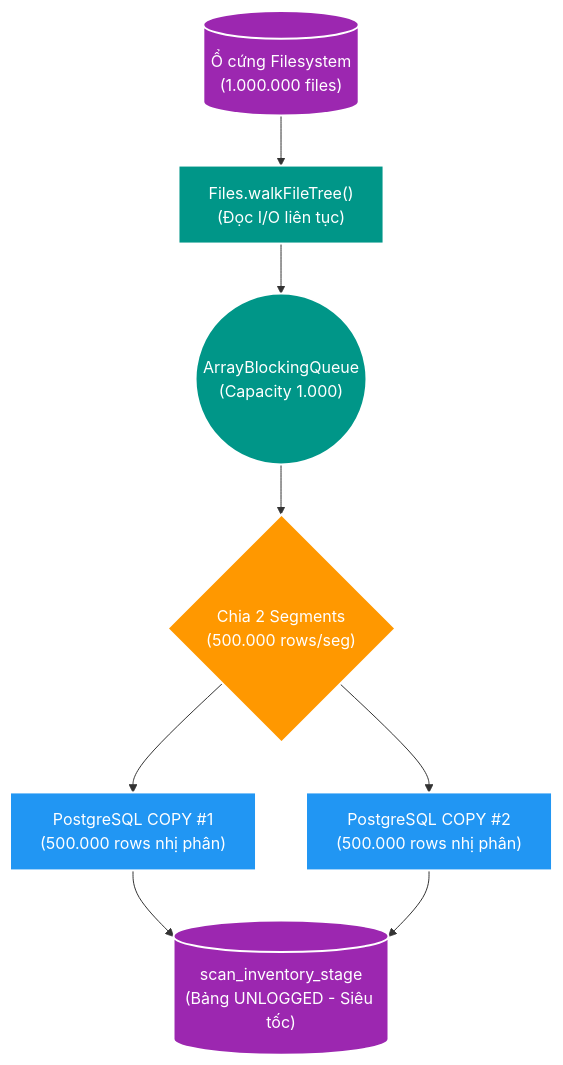
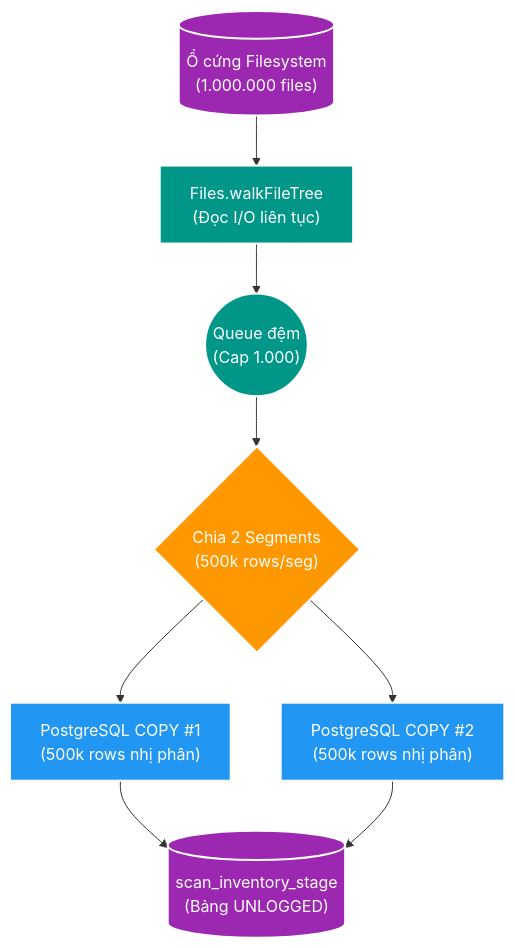
The third of 6 diagrams in manual/learning/use-cases/scale-capacity/sc-01-scan-one-million-filesystem-entry/references/deep-dive-scan-preview-pipeline-under-30s.md (HungPhan200591/file-mngt-be-v2), drawn with Mermaid before and after one commit. The commit also changed other lines of this file, not shown here.

Commit message:
refactor(documentation): enhance clarity and detail in deep dive scan preview pipeline documentation

````diff
--- a/manual/learning/use-cases/scale-capacity/sc-01-scan-one-million-filesystem-entry/references/deep-dive-scan-preview-pipeline-under-30s.md
+++ b/manual/learning/use-cases/scale-capacity/sc-01-scan-one-million-filesystem-entry/references/deep-dive-scan-preview-pipeline-under-30s.md
@@ -232,23 +234,23 @@
 ```mermaid
 flowchart TD
     DISK[("Ổ cứng Filesystem<br/>(1.000.000 files)")]
     
-    DISK --> WALK["Files.walkFileTree()<br/>(Đọc I/O liên tục)"]
+    DISK --> WALK["Files.walkFileTree<br/>(Đọc I/O liên tục)"]
     
-    WALK --> QUEUE(("ArrayBlockingQueue<br/>(Capacity 1.000)"))
+    WALK --> QUEUE(("Queue đệm<br/>(Cap 1.000)"))
     
-    QUEUE --> SEGMENT{"Chia 2 Segments<br/>(500.000 rows/seg)"}
+    QUEUE --> SEGMENT{"Chia 2 Segments<br/>(500k rows/seg)"}
     
-    SEGMENT --> COPY1["PostgreSQL COPY #1<br/>(500.000 rows nhị phân)"]
-    SEGMENT --> COPY2["PostgreSQL COPY #2<br/>(500.000 rows nhị phân)"]
+    SEGMENT --> COPY1["PostgreSQL COPY #1<br/>(500k rows nhị phân)"]
+    SEGMENT --> COPY2["PostgreSQL COPY #2<br/>(500k rows nhị phân)"]
     
-    COPY1 & COPY2 --> STAGE[("scan_inventory_stage<br/>(Bảng UNLOGGED - Siêu tốc)")]
+    COPY1 & COPY2 --> STAGE[("scan_inventory_stage<br/>(Bảng UNLOGGED)")]
 
     style DISK fill:#9C27B0,stroke:#fff,stroke-width:2px,color:#fff
     style WALK fill:#009688,stroke:#fff,stroke-width:2px,color:#fff
     style QUEUE fill:#009688,stroke:#fff,stroke-width:2px,color:#fff
     style SEGMENT fill:#FF9800,stroke:#fff,stroke-width:2px,color:#fff
     style COPY1 fill:#2196F3,stroke:#fff,stroke-width:2px,color:#fff
     style COPY2 fill:#2196F3,stroke:#fff,stroke-width:2px,color:#fff
     style STAGE fill:#9C27B0,stroke:#fff,stroke-width:2px,color:#fff
 ```
````
